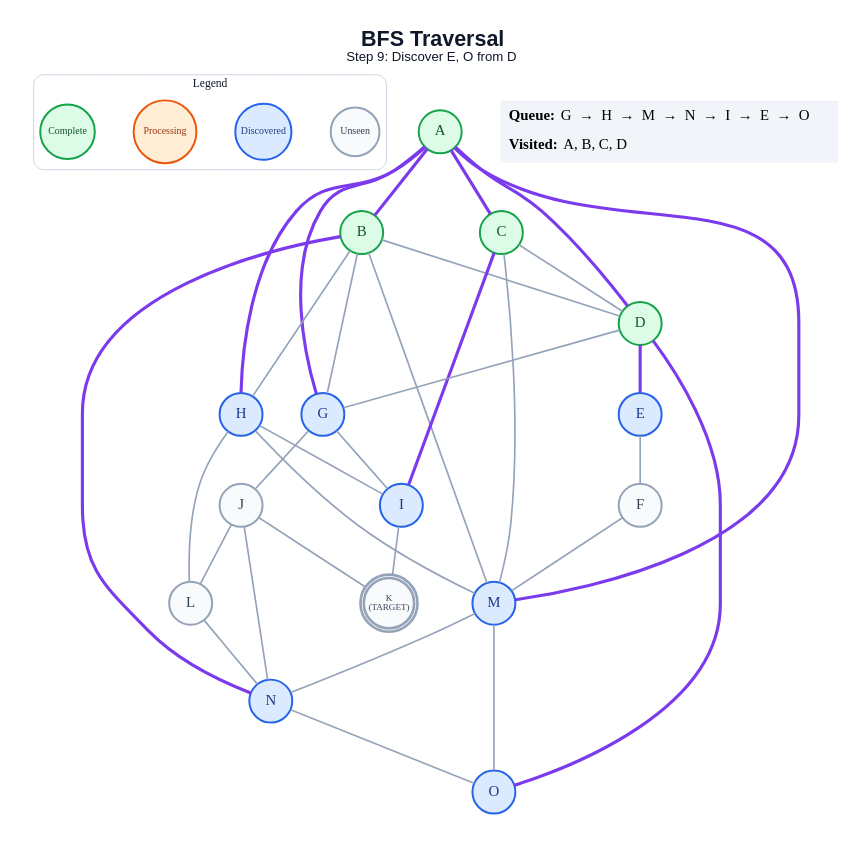
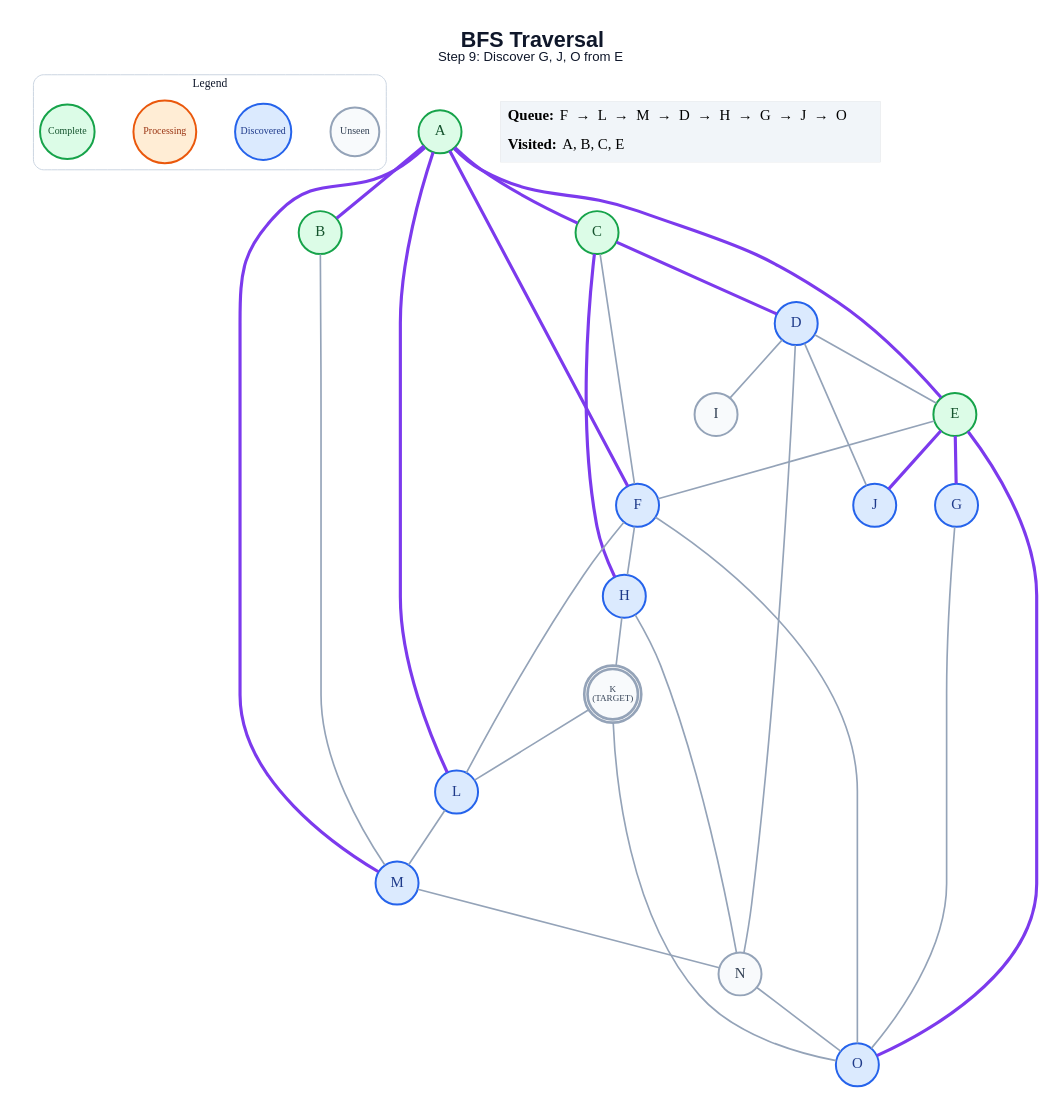
The diagram in generated/specific-node/bfs/step_09.dot (anon7238593-create/ai-slop), drawn with Graphviz before and after one commit. The commit also changed 307 other files, not shown here.

```diff
--- a/generated/specific-node/bfs/step_09.dot
+++ b/generated/specific-node/bfs/step_09.dot
@@ -1,66 +1,63 @@
 graph traversal {
   graph [layout=dot, rankdir=TB, bgcolor="#FFFFFF", pad="0.35", nodesep="0.65", ranksep="0.8", fontname="Arial"];
   node [shape=circle, style="filled", fontname="Arial Bold", fontsize=18, width=0.72, fixedsize=true, penwidth=2.4];
   edge [color="#94A3B8", penwidth=2.0];
-  label=<<B>BFS Traversal</B><BR/><FONT POINT-SIZE="16">Step 9: Discover E, O from D</FONT>>; labelloc="t"; fontsize=26; fontname="Arial"; fontcolor="#0F172A";
+  label=<<B>BFS Traversal</B><BR/><FONT POINT-SIZE="16">Step 9: Discover G, J, O from E</FONT>>; labelloc="t"; fontsize=26; fontname="Arial"; fontcolor="#0F172A";
   subgraph cluster_legend { label="Legend"; color="#CBD5E1"; penwidth=1.2; style="rounded"; fontsize=14; fontname="Arial Bold";
     key_unseen [label="Unseen", fillcolor="#F8FAFC", color="#94A3B8", fontcolor="#334155", fontsize=12, width=0.82];
     key_frontier [label="Discovered", fillcolor="#DBEAFE", color="#2563EB", fontcolor="#1E3A8A", fontsize=12, width=0.95];
     key_current [label="Processing", fillcolor="#FFEDD5", color="#EA580C", fontcolor="#9A3412", fontsize=12, width=1.05];
     key_done [label="Complete", fillcolor="#DCFCE7", color="#16A34A", fontcolor="#14532D", fontsize=12, width=0.92];
     { rank=same; key_unseen; key_frontier; key_current; key_done; }
   }
   A [label="A", fillcolor="#DCFCE7", color="#16A34A", fontcolor="#14532D", peripheries=1, penwidth=2.4];
   B [label="B", fillcolor="#DCFCE7", color="#16A34A", fontcolor="#14532D", peripheries=1, penwidth=2.4];
   C [label="C", fillcolor="#DCFCE7", color="#16A34A", fontcolor="#14532D", peripheries=1, penwidth=2.4];
-  D [label="D", fillcolor="#DCFCE7", color="#16A34A", fontcolor="#14532D", peripheries=1, penwidth=2.4];
-  E [label="E", fillcolor="#DBEAFE", color="#2563EB", fontcolor="#1E3A8A", peripheries=1, penwidth=2.4];
-  F [label="F", fillcolor="#F8FAFC", color="#94A3B8", fontcolor="#334155", peripheries=1, penwidth=2.4];
+  D [label="D", fillcolor="#DBEAFE", color="#2563EB", fontcolor="#1E3A8A", peripheries=1, penwidth=2.4];
+  E [label="E", fillcolor="#DCFCE7", color="#16A34A", fontcolor="#14532D", peripheries=1, penwidth=2.4];
+  F [label="F", fillcolor="#DBEAFE", color="#2563EB", fontcolor="#1E3A8A", peripheries=1, penwidth=2.4];
   G [label="G", fillcolor="#DBEAFE", color="#2563EB", fontcolor="#1E3A8A", peripheries=1, penwidth=2.4];
   H [label="H", fillcolor="#DBEAFE", color="#2563EB", fontcolor="#1E3A8A", peripheries=1, penwidth=2.4];
-  I [label="I", fillcolor="#DBEAFE", color="#2563EB", fontcolor="#1E3A8A", peripheries=1, penwidth=2.4];
-  J [label="J", fillcolor="#F8FAFC", color="#94A3B8", fontcolor="#334155", peripheries=1, penwidth=2.4];
+  I [label="I", fillcolor="#F8FAFC", color="#94A3B8", fontcolor="#334155", peripheries=1, penwidth=2.4];
+  J [label="J", fillcolor="#DBEAFE", color="#2563EB", fontcolor="#1E3A8A", peripheries=1, penwidth=2.4];
   K [label="K\n(TARGET)", fillcolor="#F8FAFC", color="#94A3B8", fontcolor="#334155", peripheries=2, penwidth=3.2, fontsize=11, width=0.85, height=0.85];
-  L [label="L", fillcolor="#F8FAFC", color="#94A3B8", fontcolor="#334155", peripheries=1, penwidth=2.4];
+  L [label="L", fillcolor="#DBEAFE", color="#2563EB", fontcolor="#1E3A8A", peripheries=1, penwidth=2.4];
   M [label="M", fillcolor="#DBEAFE", color="#2563EB", fontcolor="#1E3A8A", peripheries=1, penwidth=2.4];
-  N [label="N", fillcolor="#DBEAFE", color="#2563EB", fontcolor="#1E3A8A", peripheries=1, penwidth=2.4];
+  N [label="N", fillcolor="#F8FAFC", color="#94A3B8", fontcolor="#334155", peripheries=1, penwidth=2.4];
   O [label="O", fillcolor="#DBEAFE", color="#2563EB", fontcolor="#1E3A8A", peripheries=1, penwidth=2.4];
   A -- B [color="#7C3AED", penwidth=3.8];
   A -- C [color="#7C3AED", penwidth=3.8];
-  A -- D [color="#7C3AED", penwidth=3.8];
-  A -- G [color="#7C3AED", penwidth=3.8];
-  A -- H [color="#7C3AED", penwidth=3.8];
+  A -- E [color="#7C3AED", penwidth=3.8];
+  A -- F [color="#7C3AED", penwidth=3.8];
+  A -- L [color="#7C3AED", penwidth=3.8];
   A -- M [color="#7C3AED", penwidth=3.8];
-  B -- D;
-  B -- G;
-  B -- H;
   B -- M;
-  B -- N [color="#7C3AED", penwidth=3.8];
-  C -- D;
-  C -- I [color="#7C3AED", penwidth=3.8];
-  C -- M;
-  D -- E [color="#7C3AED", penwidth=3.8];
-  D -- G;
-  D -- O [color="#7C3AED", penwidth=3.8];
+  C -- D [color="#7C3AED", penwidth=3.8];
+  C -- F;
+  C -- H [color="#7C3AED", penwidth=3.8];
+  D -- E;
+  D -- I;
+  D -- J;
+  D -- N;
   E -- F;
-  F -- M;
-  G -- I;
-  G -- J;
-  H -- I;
-  H -- L;
-  H -- M;
-  I -- K;
-  J -- K;
-  J -- L;
-  J -- N;
-  L -- N;
+  E -- G [color="#7C3AED", penwidth=3.8];
+  E -- J [color="#7C3AED", penwidth=3.8];
+  E -- O [color="#7C3AED", penwidth=3.8];
+  F -- H;
+  F -- L;
+  F -- O;
+  G -- O;
+  H -- K;
+  H -- N;
+  K -- L;
+  K -- O;
+  L -- M;
   M -- N;
-  M -- O;
   N -- O;
   status [shape=plain, fixedsize=false, width=0, height=0, margin=0, label=<
     <TABLE BORDER="0" CELLBORDER="0" CELLPADDING="7" BGCOLOR="#F1F5F9">
-      <TR><TD ALIGN="LEFT"><B>Queue:</B> G  →  H  →  M  →  N  →  I  →  E  →  O</TD></TR>
-      <TR><TD ALIGN="LEFT"><B>Visited:</B> A, B, C, D</TD></TR>
+      <TR><TD ALIGN="LEFT"><B>Queue:</B> F  →  L  →  M  →  D  →  H  →  G  →  J  →  O</TD></TR>
+      <TR><TD ALIGN="LEFT"><B>Visited:</B> A, B, C, E</TD></TR>
     </TABLE>
   >];
 }
```
